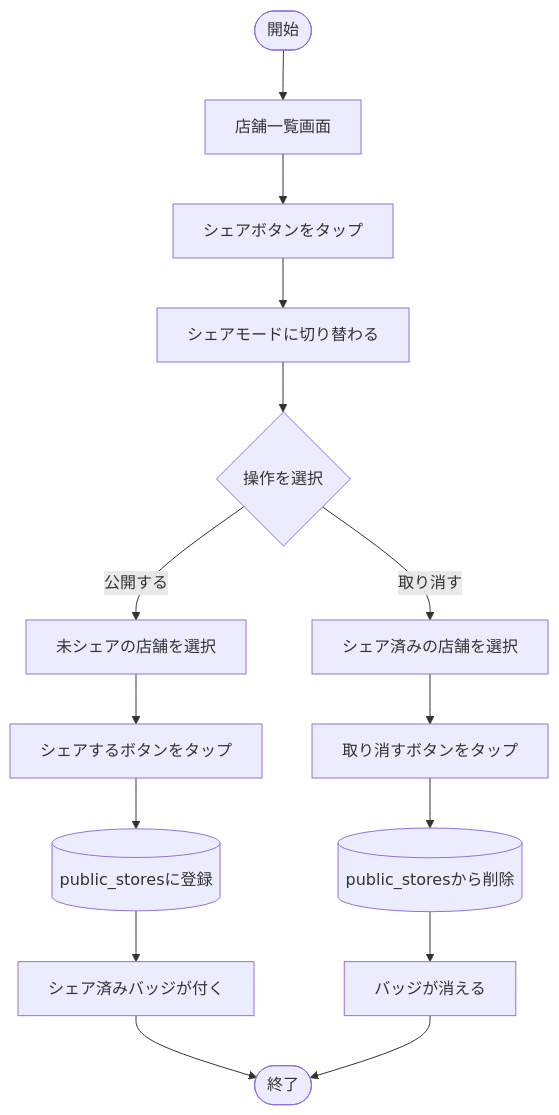
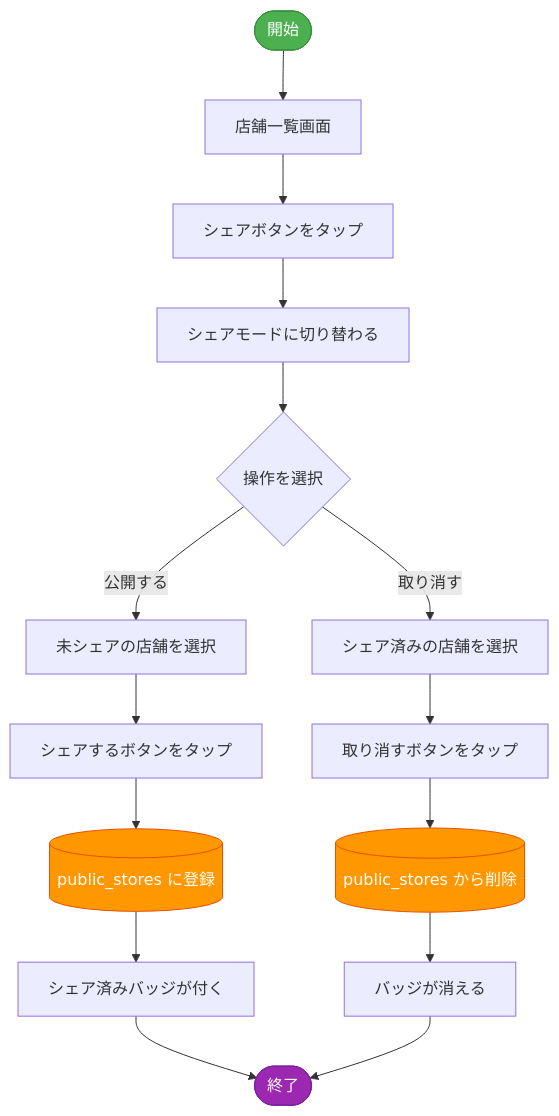
Before and after one commit to Pizzy-pz/rikawan-map: the first of 2 diagrams in 設計/フローチャート_シェア・インポート.md, drawn with Mermaid. The commit also changed other lines of this file and 3 other files, not shown here.

````diff
--- a/設計/フローチャート_シェア・インポート.md
+++ b/設計/フローチャート_シェア・インポート.md
@@ -5,20 +5,23 @@
 ```mermaid
 flowchart TD
-    A([開始]) --> B[店舗一覧画面]
+    A([開始]):::start --> B[店舗一覧画面]
     B --> C[シェアボタンをタップ]
     C --> D[シェアモードに切り替わる]
-
     D --> E{操作を選択}
 
     E -- 公開する --> F[未シェアの店舗を選択]
     F --> G[シェアするボタンをタップ]
-    G --> H[(public_storesに登録)]
+    G --> H[(public_stores に登録)]:::db
     H --> I[シェア済みバッジが付く]
-    I --> J([終了])
+    I --> Z([終了]):::terminal
 
     E -- 取り消す --> K[シェア済みの店舗を選択]
     K --> L[取り消すボタンをタップ]
-    L --> M[(public_storesから削除)]
+    L --> M[(public_stores から削除)]:::db
     M --> N[バッジが消える]
-    N --> J
+    N --> Z
+
+    classDef start    fill:#4caf50,color:#fff,stroke:#388e3c
+    classDef terminal fill:#9c27b0,color:#fff,stroke:#7b1fa2
+    classDef db       fill:#ff9800,color:#fff,stroke:#e65100
 ```
````
